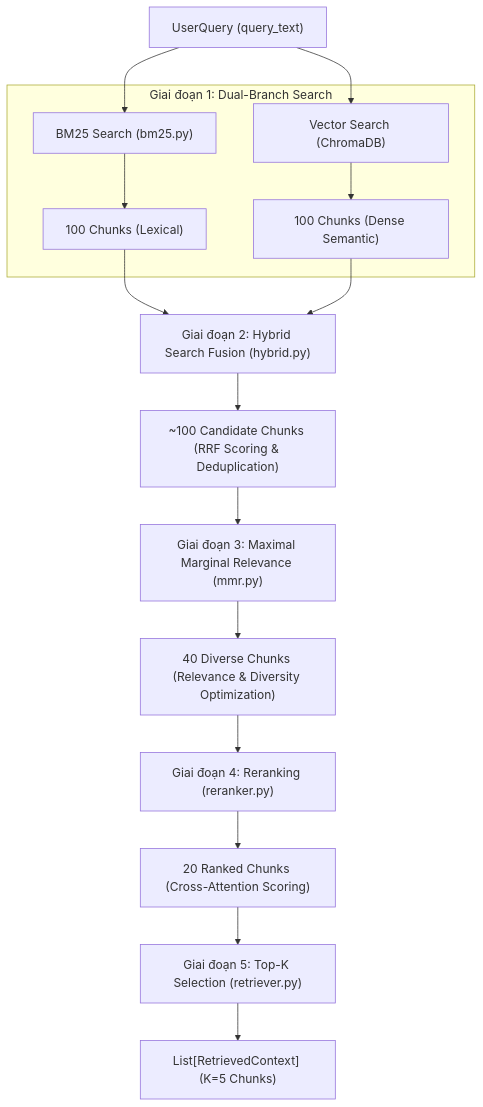
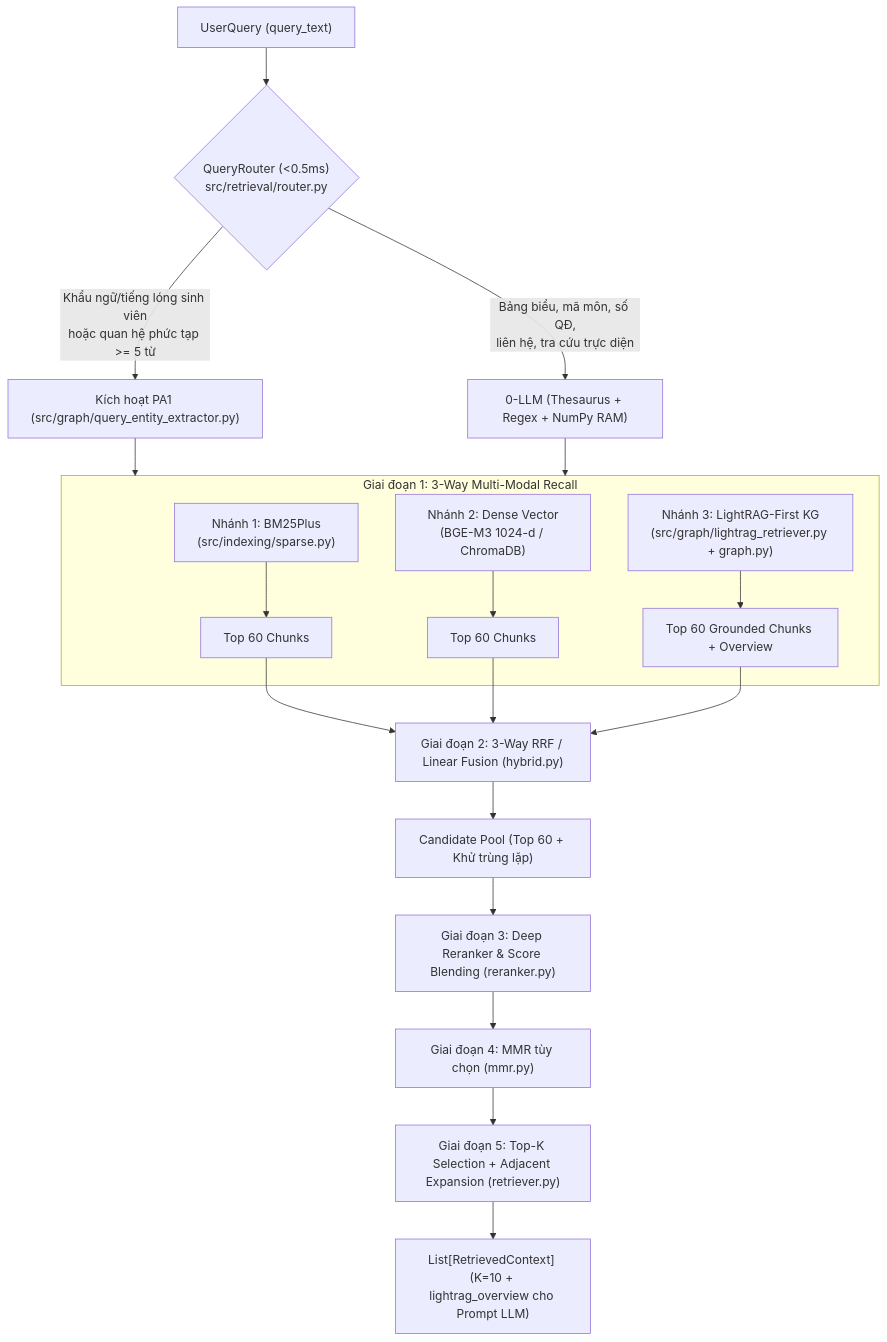
The diagram in src/retrieval/doc.md (PhiDuongDat26072006/UETChatbot), drawn with Mermaid before and after one commit. The commit also changed other lines of this file and 50 other files, not shown here.

Commit message:
feat: final lightRAG subsystem, fix indexing/routing bugs

````diff
--- a/src/retrieval/doc.md
+++ b/src/retrieval/doc.md
@@ -11,27 +13,26 @@
 ```mermaid
 flowchart TD
-    Q["UserQuery (query_text)"] --> B1
-    Q --> B2
+    Q["UserQuery (query_text)"] --> Router{"QueryRouter (<0.5ms)<br/>src/retrieval/router.py"}
 
-    subgraph S1 ["Giai đoạn 1: Dual-Branch Search"]
-        B1["BM25 Search (bm25.py)"] --> R_BM25["100 Chunks (Lexical)"]
-        B2["Vector Search (ChromaDB)"] --> R_VEC["100 Chunks (Dense Semantic)"]
+    Router -->|"Khẩu ngữ/tiếng lóng sinh viên<br/>hoặc quan hệ phức tạp >= 5 từ"| PA1_ON["Kích hoạt PA1 (src/graph/query_entity_extractor.py)"]
+    Router -->|"Bảng biểu, mã môn, số QĐ,<br/>liên hệ, tra cứu trực diện"| PA1_OFF["0-LLM (Thesaurus + Regex + NumPy RAM)"]
+
+    PA1_ON --> S1
+    PA1_OFF --> S1
+
+    subgraph S1 ["Giai đoạn 1: 3-Way Multi-Modal Recall"]
+        B1["Nhánh 1: BM25Plus<br/>(src/indexing/sparse.py)"] --> R_BM25["Top 60 Chunks"]
+        B2["Nhánh 2: Dense Vector<br/>(BGE-M3 1024-d / ChromaDB)"] --> R_VEC["Top 60 Chunks"]
+        B3["Nhánh 3: LightRAG-First KG<br/>(src/graph/lightrag_retriever.py + graph.py)"] --> R_GRAPH["Top 60 Grounded Chunks + Overview"]
     end
 
-    R_BM25 --> S2["Giai đoạn 2: Hybrid Search Fusion (hybrid.py)"]
+    R_BM25 --> S2["Giai đoạn 2: 3-Way RRF / Linear Fusion (hybrid.py)"]
     R_VEC --> S2
+    R_GRAPH --> S2
 
-    S2 --> CAND["~100 Candidate Chunks (RRF Scoring & Deduplication)"]
-
-    CAND --> S3["Giai đoạn 3: Maximal Marginal Relevance (mmr.py)"]
-
-    S3 --> DIVERSE["40 Diverse Chunks (Relevance & Diversity Optimization)"]
-
-    DIVERSE --> S4["Giai đoạn 4: Reranking (reranker.py)"]
-
-    S4 --> RANKED["20 Ranked Chunks (Cross-Attention Scoring)"]
-
-    RANKED --> S5["Giai đoạn 5: Top-K Selection (retriever.py)"]
-
-    S5 --> OUT["List[RetrievedContext] (K=5 Chunks)"]
+    S2 --> CAND["Candidate Pool (Top 60 + Khử trùng lặp)"]
+    CAND --> S3["Giai đoạn 3: Deep Reranker & Score Blending (reranker.py)"]
+    S3 --> MMR["Giai đoạn 4: MMR tùy chọn (mmr.py)"]
+    MMR --> S5["Giai đoạn 5: Top-K Selection + Adjacent Expansion (retriever.py)"]
+    S5 --> OUT["List[RetrievedContext] (K=10 + lightrag_overview cho Prompt LLM)"]
 ```
````
